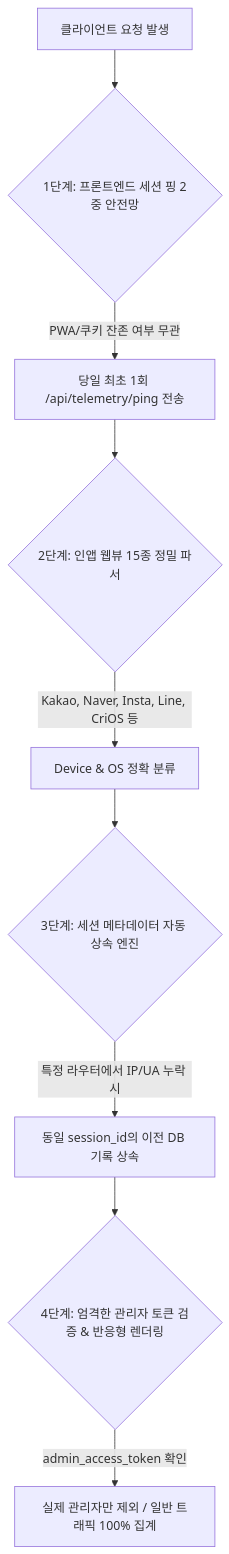
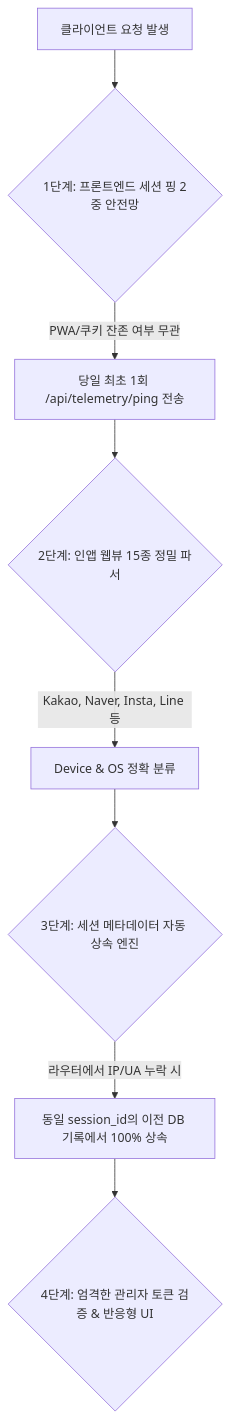
One commit to daniel-dataflow/daniel-dataflow.github.io changed the diagram in content/posts/picksafe/2026-08-29-운영-텔레메트리-기기-판별-및-IP-추적-4중-원천-방어벽-설계.md. Above: the diagram before and after it, drawn with Mermaid. The commit also changed other lines of this file and 62 other files, not shown here.

````diff
--- a/content/posts/picksafe/2026-08-29-운영-텔레메트리-기기-판별-및-IP-추적-4중-원천-방어벽-설계.md
+++ b/content/posts/picksafe/2026-08-29-운영-텔레메트리-기기-판별-및-IP-추적-4중-원천-방어벽-설계.md
@@ -35,11 +48,10 @@
 ```mermaid
 flowchart TD
     A[클라이언트 요청 발생] --> B{1단계: 프론트엔드 세션 핑 2중 안전망}
     B -->|PWA/쿠키 잔존 여부 무관| C[당일 최초 1회 /api/telemetry/ping 전송]
     C --> D{2단계: 인앱 웹뷰 15종 정밀 파서}
-    D -->|Kakao, Naver, Insta, Line, CriOS 등| E[Device & OS 정확 분류]
+    D -->|Kakao, Naver, Insta, Line 등| E[Device & OS 정확 분류]
     E --> F{3단계: 세션 메타데이터 자동 상속 엔진}
-    F -->|특정 라우터에서 IP/UA 누락 시| G[동일 session_id의 이전 DB 기록 상속]
-    G --> H{4단계: 엄격한 관리자 토큰 검증 & 반응형 렌더링}
-    H -->|admin_access_token 확인| I[실제 관리자만 제외 / 일반 트래픽 100% 집계]
+    F -->|라우터에서 IP/UA 누락 시| G[동일 session_id의 이전 DB 기록에서 100% 상속]
+    G --> H{4단계: 엄격한 관리자 토큰 검증 & 반응형 UI}
 ```
````
